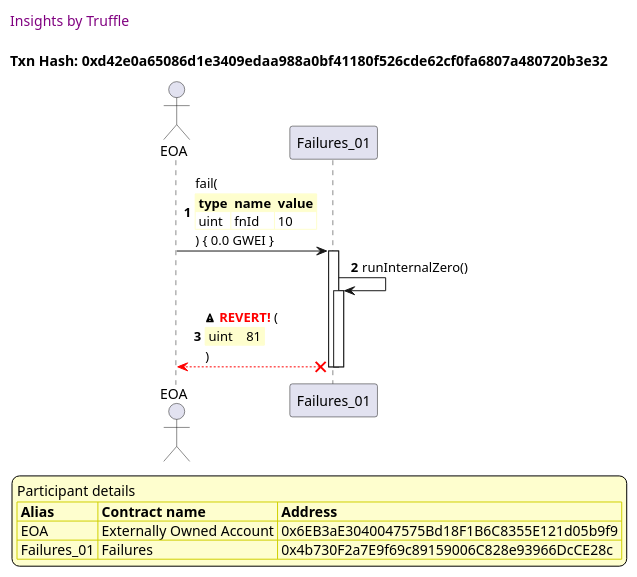
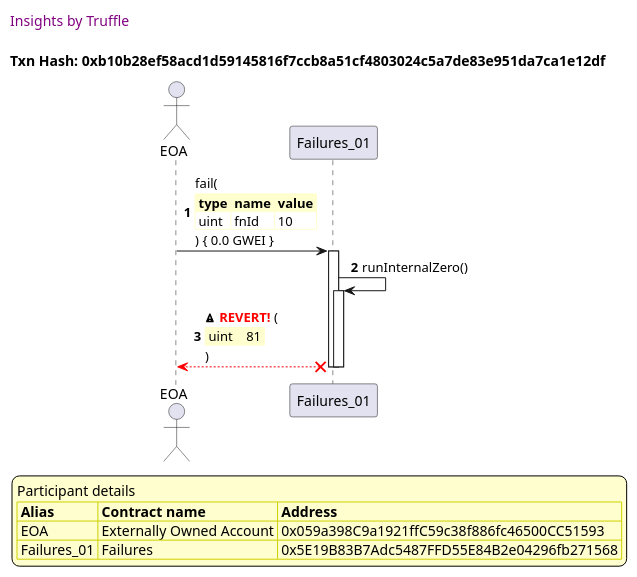
Before and after one commit to trufflesuite/txlog-seedlings: diagram 11 of 12 in truffle-seq/failures.test.md, drawn with PlantUML. The commit also changed other lines of this file and 8 other files, not shown here.

````diff
--- a/truffle-seq/failures.test.md
+++ b/truffle-seq/failures.test.md
@@ -1094,45 +1094,45 @@
 ```plantuml
 
 
 @startuml
 
 autonumber
 skinparam legendBackgroundColor #FEFECE
 
 <style>
       header {
         HorizontalAlignment left
         FontColor purple
         FontSize 14
         Padding 10
       }
     </style>
 
 header Insights by Truffle
 
-title Txn Hash: 0xd42e0a65086d1e3409edaa988a0bf41180f526cde62cf0fa6807a480720b3e32
+title Txn Hash: 0xb10b28ef58acd1d59145816f7ccb8a51cf4803024c5a7de83e951da7ca1e12df
 
 
 actor EOA as "EOA"
 participant Failures_01 as "Failures_01"
 
 "EOA" -> "Failures_01" ++: fail(\n\
 <#FEFECE,#FEFECE>|= type |= name |= value |\n\
 | uint | fnId | 10 |\n\
 ) { 0.0 GWEI }
 "Failures_01" -> "Failures_01" ++: runInternalZero()
 "Failures_01" x-[#red]-> "EOA" --: <&warning> <color #red>**REVERT!**</color> (\n\
 <#FEFECE,#FEFECE>| uint |  | 81 |\n\
 )
 deactivate "Failures_01"
 deactivate "Failures_01"
 
 legend
 Participant details
 <#FEFECE,#D0D000>|= Alias |= Contract name |= Address |
-<#FEFECE>| EOA | Externally Owned Account | 0x6EB3aE3040047575Bd18F1B6C8355E121d05b9f9 |
-<#FEFECE>| Failures_01 | Failures | 0x4b730F2a7E9f69c89159006C828e93966DcCE28c |
+<#FEFECE>| EOA | Externally Owned Account | 0x059a398C9a1921ffC59c38f886fc46500CC51593 |
+<#FEFECE>| Failures_01 | Failures | 0x5E19B83B7Adc5487FFD55E84B2e04296fb271568 |
 endlegend
 
 @enduml
 ```
````
